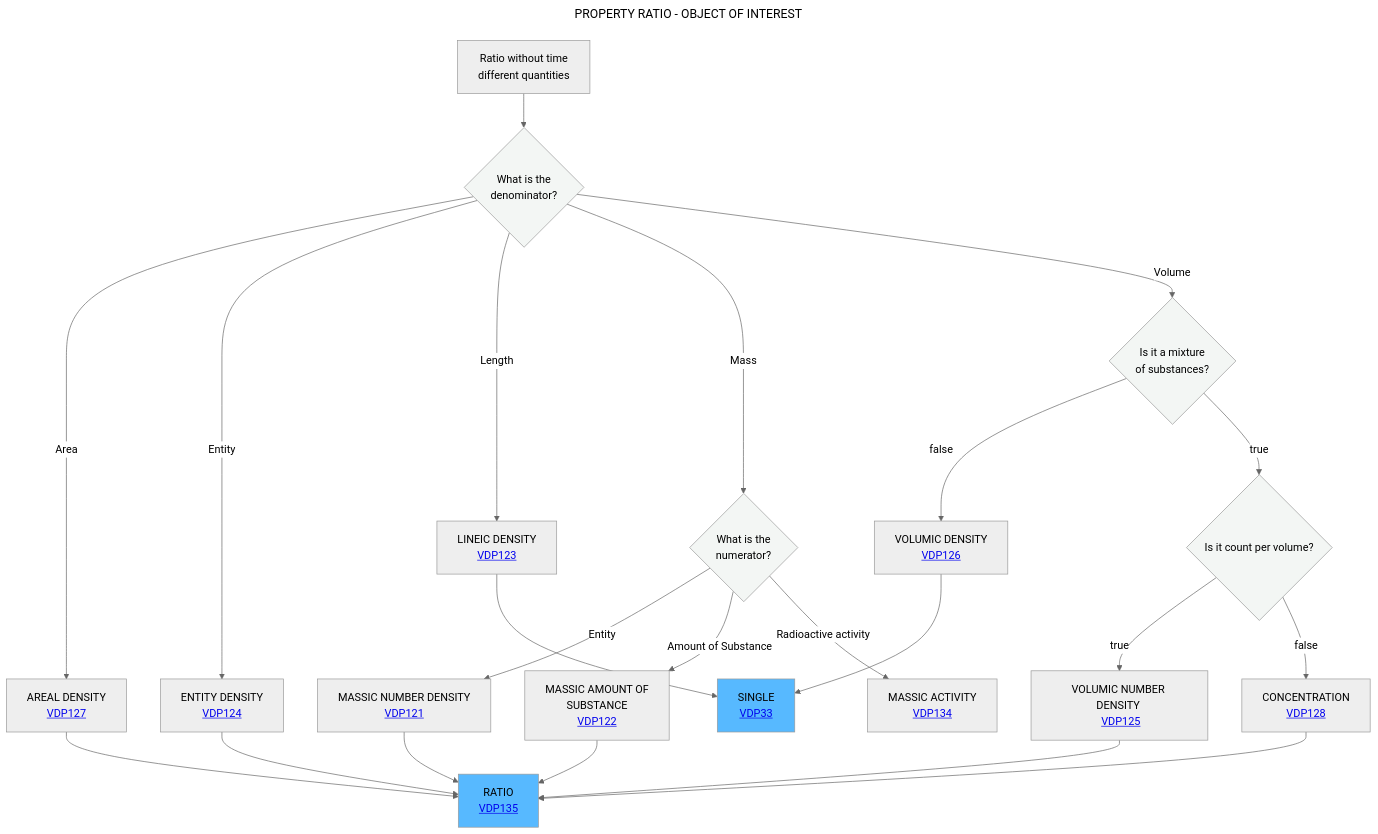
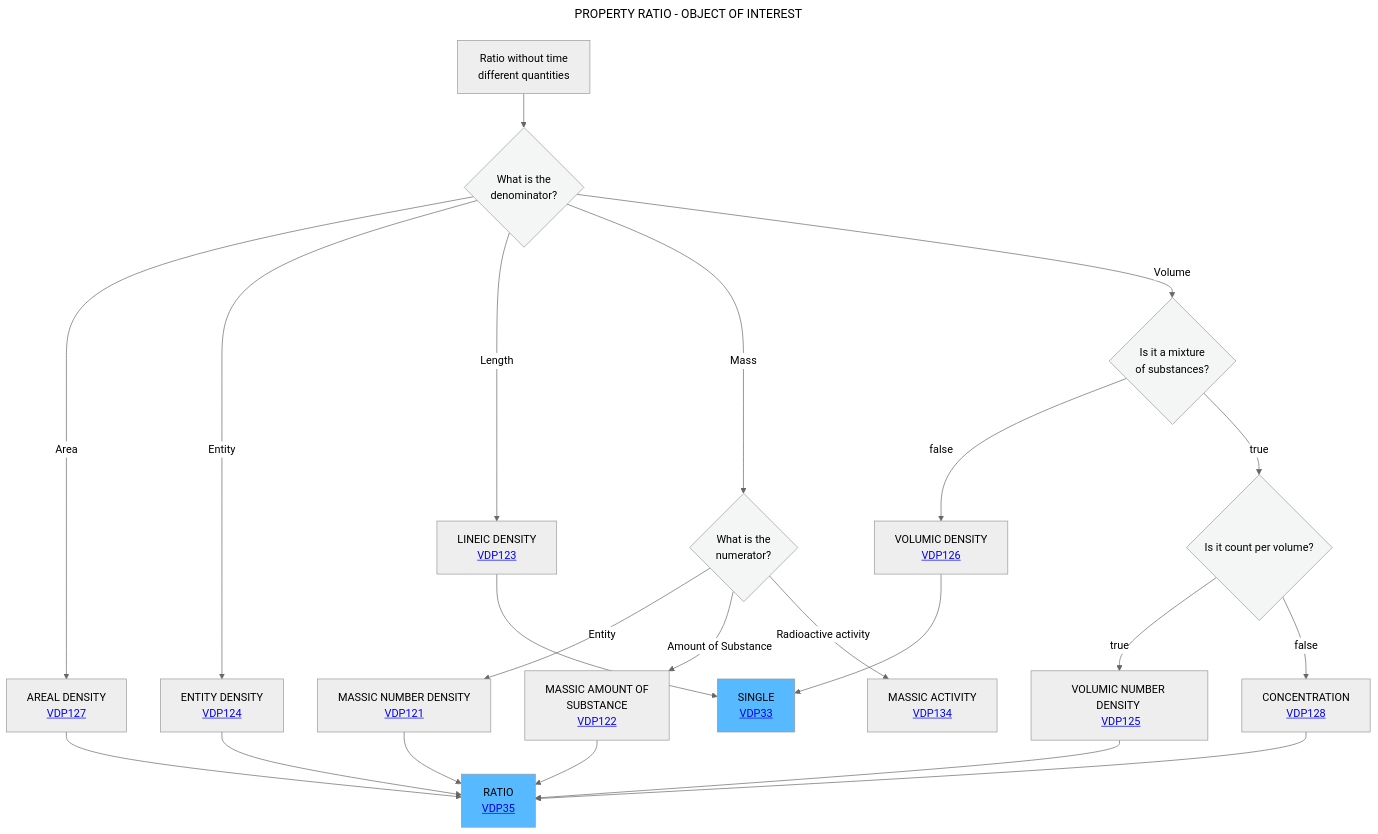
The diagram in Decisition_trees/DT5.mmd (mabablue/I-ADOPT-patterns-playground), drawn with Mermaid (neutral theme) before and after one commit.

```diff
--- a/Decisition_trees/DT5.mmd
+++ b/Decisition_trees/DT5.mmd
@@ -1,29 +1,29 @@
 ---
 title: PROPERTY RATIO - OBJECT OF INTEREST
 ---
 flowchart TD
     A[Ratio without time <br> different quantities] --> B{What is the <br> denominator?}:::white
     B -- Area -->C[AREAL DENSITY <br> <a href='https://github.com/mabablue/I-ADOPT-patterns-playground/blob/main/pattern/VDP127.yaml'>VDP127</a>]
     B -- Entity -->F[ENTITY DENSITY <br> <a href='https://github.com/mabablue/I-ADOPT-patterns-playground/blob/main/pattern/VDP124.yaml'>VDP124</a>]
     B -- Length -->D[LINEIC DENSITY <br> <a href='https://github.com/mabablue/I-ADOPT-patterns-playground/blob/main/pattern/VDP123.yaml'>VDP123</a>]
     B -- Mass -->E{What is the <br> numerator?}:::white
     E -- Entity --> L[MASSIC NUMBER DENSITY <br> <a href='https://github.com/mabablue/I-ADOPT-patterns-playground/blob/main/pattern/VDP121.yaml'>VDP121</a>]
     E -- Amount of Substance --> P[MASSIC AMOUNT OF <br> SUBSTANCE <br> <a href='https://github.com/mabablue/I-ADOPT-patterns-playground/blob/main/pattern/VDP122.yaml'>VDP122</a>]
     E -- Radioactive activity --> Q[MASSIC ACTIVITY <br> <a href='https://github.com/mabablue/I-ADOPT-patterns-playground/blob/main/pattern/VDP134.yaml'>VDP134</a>]
     B -- Volume -->G{Is it a mixture <br> of substances?}:::white
     G --> |false|H[VOLUMIC DENSITY <br> <a href='https://github.com/mabablue/I-ADOPT-patterns-playground/blob/main/pattern/VDP126.yaml'>VDP126</a>]
     G--> |true|J{Is it count per volume?}:::white
     J --> |true|I[VOLUMIC NUMBER DENSITY <br> <a href='https://github.com/mabablue/I-ADOPT-patterns-playground/blob/main/pattern/VDP125.yaml'>VDP125</a>]
     J --> |false|M[CONCENTRATION <br> <a href='https://github.com/mabablue/I-ADOPT-patterns-playground/blob/main/pattern/VDP128.yaml'>VDP128</a>]
     I --> N
-    C --> N[RATIO <br> <a href='https://github.com/mabablue/I-ADOPT-patterns-playground/blob/main/pattern/VDP135.yaml'>VDP135</a>]:::satblue
+    C --> N[RATIO <br> <a href='https://github.com/mabablue/I-ADOPT-patterns-playground/blob/main/pattern/VDP35.yaml'>VDP35</a>]:::satblue
     F --> N
     D --> O[SINGLE <br> <a href='https://github.com/mabablue/I-ADOPT-patterns-playground/blob/main/pattern/VDP33.yaml'>VDP33</a>]:::satblue
     H --> O
     L --> N
     P --> N
     M --> N
    classDef blue fill:#90D5FF
    classDef satblue fill:#57B9FF 
    classDef white fill:#f3f6f4
    classDef green fill:#6aa84f
```
